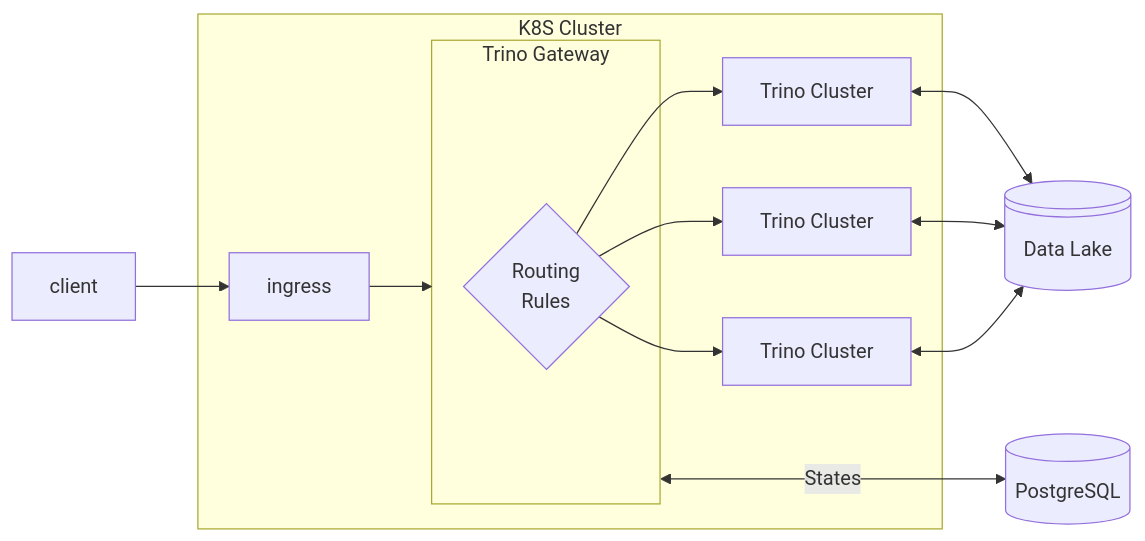
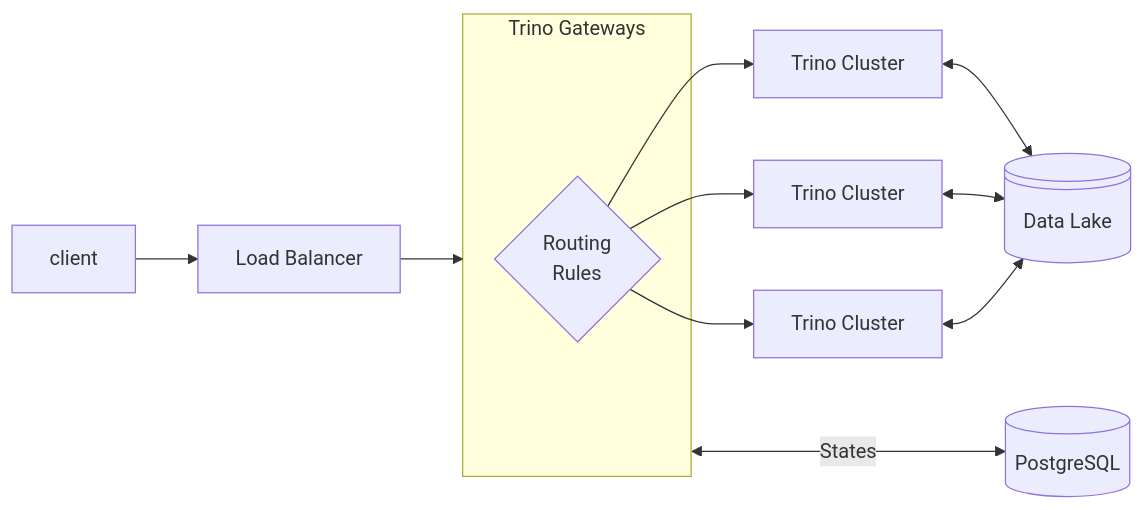
One commit to gavinjwl/trino-on-k8s changed the second of 3 diagrams in README.md. Above: the diagram before and after it, drawn with Mermaid. The commit also changed other lines of this file and 1 other file, not shown here.

````diff
--- a/README.md
+++ b/README.md
@@ -3,15 +22,15 @@
 ```mermaid
 graph LR
     client["client"]
-    client --> ingress
-    subgraph "K8S Cluster"
-        ingress --> trino_gateway["Trino Gateway"]
-        subgraph trino_gateway["Trino Gateway"]
-            routing_rules@{ shape: diamond, label: "Routing
-            Rules" }
-        end
-        routing_rules --> trino_cluster1["Trino Cluster"] & trino_cluster2["Trino Cluster"] & trino_cluster3["Trino Cluster"]
+    client --> lb["Load Balancer"]
+
+    lb["Load Balancer"] --> trino_gateway["Trino Gateway"]
+    subgraph trino_gateway["Trino Gateways"]
+        routing_rules@{ shape: diamond, label: "Routing
+        Rules" }
     end
+
+    routing_rules --> trino_cluster1["Trino Cluster"] & trino_cluster2["Trino Cluster"] & trino_cluster3["Trino Cluster"]
     trino_gateway <--->|States| postgres@{ shape: database, label: "PostgreSQL" }
     trino_cluster1["Trino Cluster"] & trino_cluster2["Trino Cluster"] & trino_cluster3["Trino Cluster"] <--> datalake@{ shape: lin-cyl, label: "Data Lake" }
 ```
````
